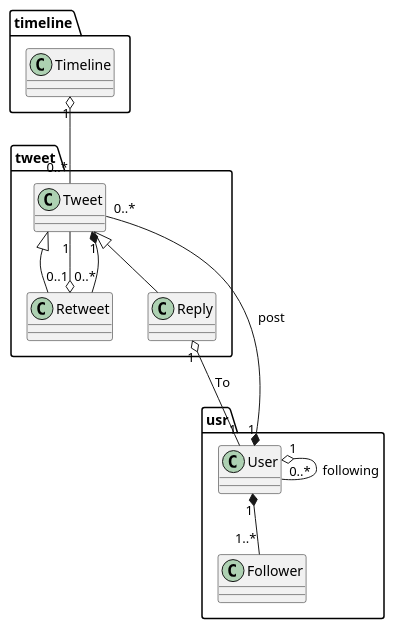
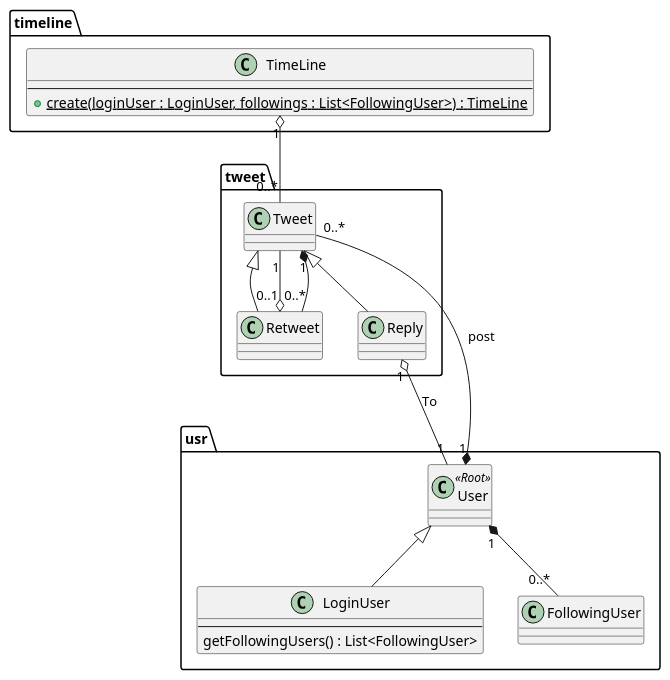
The diagram in domain_model.puml (m-doi/dddprac-twitter), drawn with PlantUML before and after one commit.

Commit message:
ロバストネス分析の結果を踏まえてドメインモデル図を修正

```diff
--- a/domain_model.puml
+++ b/domain_model.puml
@@ -1,32 +1,41 @@
 @startuml
 
 package tweet {
     class Tweet
     class Retweet
     class Reply
 }
 
 Tweet <|-- Retweet
 Tweet <|-- Reply
 Retweet "0..1" o-- "1" Tweet
 Tweet "1" *-- "0..*" Retweet
 
 package usr {
-    class User
-    class Follower
+    class User <<Root>>
+    class LoginUser {
+        --
+        getFollowingUsers() : List<FollowingUser>
+    }
+
+    User <|-- LoginUser
+
+    class FollowingUser
+    User "1" *-- "0..*" FollowingUser
 }
 
 User "1" *-- "0..*" Tweet : post
 Reply "1" o-- "1" User : To
-User "1" *-- "1..*" Follower
-User "1" o-- "0..*" User : following
 
 package timeline {
-    class Timeline
+    class TimeLine {
+        --
+        + {static} create(loginUser : LoginUser, followings : List<FollowingUser>) : TimeLine
+    }
 }
 
-Timeline "1" o-- "0..*" Tweet
+TimeLine "1" o-- "0..*" Tweet
 
 
 
 @enduml
```
